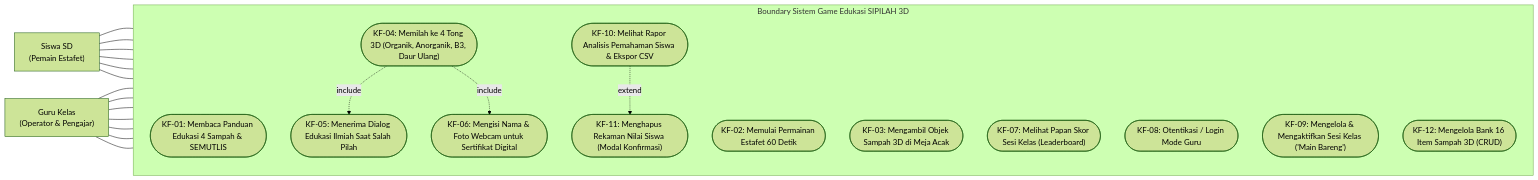
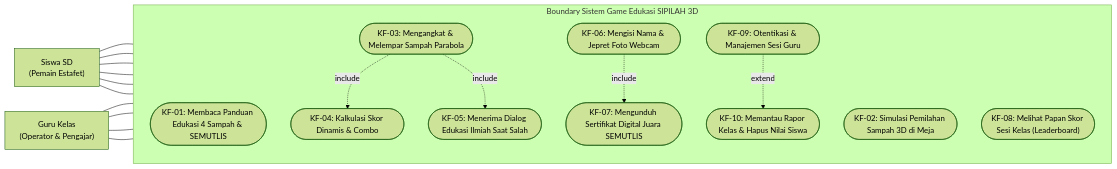
One commit to Airyshtoteles/SIPILAH-Sistem-Pintar-Peduli-Sampah- changed the first of 2 diagrams in docs/DOCS_TUGAS_ARIE_BAB2_BAB3.md. Above: the diagram before and after it, drawn with Mermaid (forest theme). The commit also changed other lines of this file and 1 other file, not shown here.

````diff
--- a/docs/DOCS_TUGAS_ARIE_BAB2_BAB3.md
+++ b/docs/DOCS_TUGAS_ARIE_BAB2_BAB3.md
@@ -26,45 +65,41 @@
 ```mermaid
 flowchart LR
     %% Definisi Aktor Pengguna
     Siswa["Siswa SD<br/>(Pemain Estafet)"]
     Guru["Guru Kelas<br/>(Operator & Pengajar)"]
 
     %% Batasan Paket Sistem Aplikasi
     subgraph SIPILAH["Boundary Sistem Game Edukasi SIPILAH 3D"]
         direction TB
         UC01(["KF-01: Membaca Panduan Edukasi 4 Sampah & SEMUTLIS"])
-        UC02(["KF-02: Memulai Permainan Estafet 60 Detik"])
-        UC03(["KF-03: Mengambil Objek Sampah 3D di Meja Acak"])
-        UC04(["KF-04: Memilah ke 4 Tong 3D (Organik, Anorganik, B3, Daur Ulang)"])
-        UC05(["KF-05: Menerima Dialog Edukasi Ilmiah Saat Salah Pilah"])
-        UC06(["KF-06: Mengisi Nama & Foto Webcam untuk Sertifikat Digital"])
-        UC07(["KF-07: Melihat Papan Skor Sesi Kelas (Leaderboard)"])
-        UC08(["KF-08: Otentikasi / Login Mode Guru"])
-        UC09(["KF-09: Mengelola & Mengaktifkan Sesi Kelas ('Main Bareng')"])
-        UC10(["KF-10: Melihat Rapor Analisis Pemahaman Siswa & Ekspor CSV"])
-        UC11(["KF-11: Menghapus Rekaman Nilai Siswa (Modal Konfirmasi)"])
-        UC12(["KF-12: Mengelola Bank 16 Item Sampah 3D (CRUD)"])
+        UC02(["KF-02: Simulasi Pemilahan Sampah 3D di Meja"])
+        UC03(["KF-03: Mengangkat & Melempar Sampah Parabola"])
+        UC04(["KF-04: Kalkulasi Skor Dinamis & Combo"])
+        UC05(["KF-05: Menerima Dialog Edukasi Ilmiah Saat Salah"])
+        UC06(["KF-06: Mengisi Nama & Jepret Foto Webcam"])
+        UC07(["KF-07: Mengunduh Sertifikat Digital Juara SEMUTLIS"])
+        UC08(["KF-08: Melihat Papan Skor Sesi Kelas (Leaderboard)"])
+        UC09(["KF-09: Otentikasi & Manajemen Sesi Guru"])
+        UC10(["KF-10: Memantau Rapor Kelas & Hapus Nilai Siswa"])
     end
 
     %% Relasi Asosiasi Aktor Siswa
     Siswa --- UC01
     Siswa --- UC02
     Siswa --- UC03
-    Siswa --- UC04
     Siswa --- UC06
     Siswa --- UC07
+    Siswa --- UC08
 
     %% Relasi Asosiasi Aktor Guru
     Guru --- UC01
-    Guru --- UC07
     Guru --- UC08
     Guru --- UC09
     Guru --- UC10
-    Guru --- UC11
-    Guru --- UC12
 
     %% Relasi Ketergantungan (Include & Extend)
-    UC04 -.->|include| UC05
-    UC04 -.->|include| UC06
-    UC10 -.->|extend| UC11
+    UC03 -.->|include| UC04
+    UC03 -.->|include| UC05
+    UC06 -.->|include| UC07
+    UC09 -.->|extend| UC10
 ```
````
